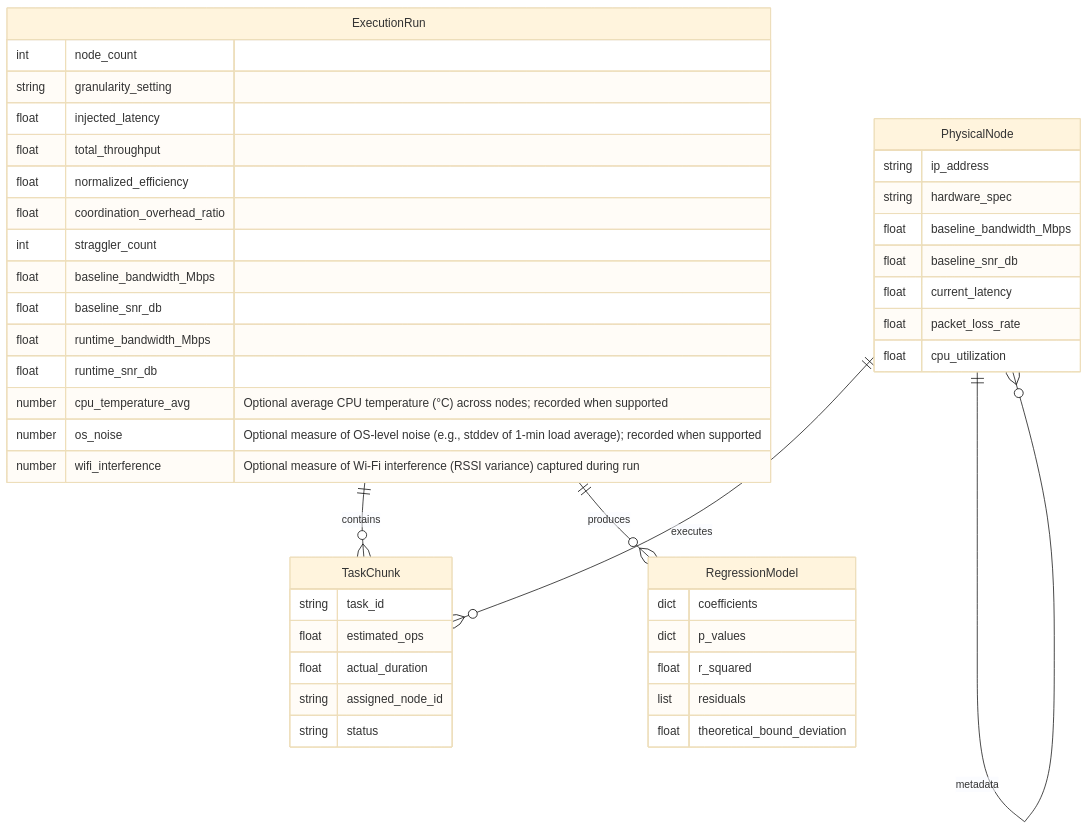
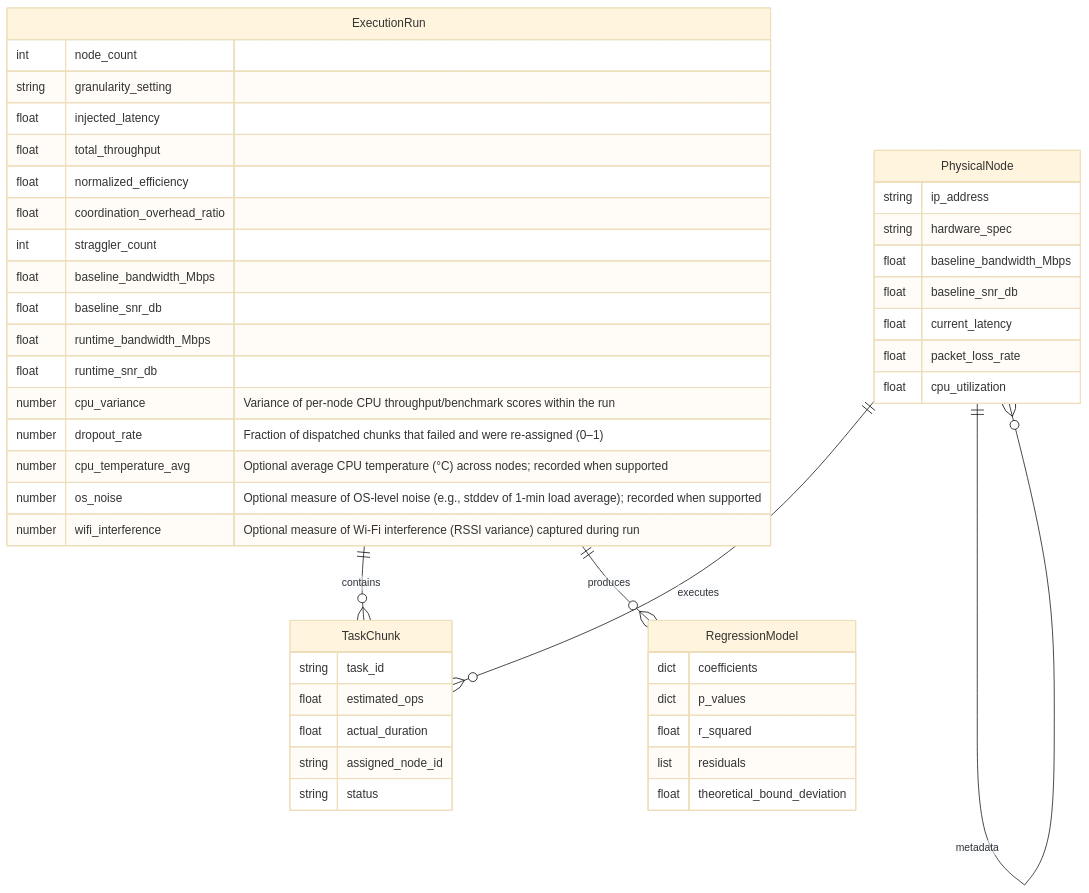
Before and after one commit to ContextLab/llmXive: the diagram in projects/PROJ-009-build-a-mesh-network-that-forms-the-larg/specs/001-build-a-mesh-network-that-forms-the-larg/data-model.md, drawn with Mermaid (base theme). The commit also changed other lines of this file and 28 other files, not shown here.

````diff
--- a/projects/PROJ-009-build-a-mesh-network-that-forms-the-larg/specs/001-build-a-mesh-network-that-forms-the-larg/data-model.md
+++ b/projects/PROJ-009-build-a-mesh-network-that-forms-the-larg/specs/001-build-a-mesh-network-that-forms-the-larg/data-model.md
@@ -6,46 +6,48 @@
 ```mermaid
 erDiagram
     PhysicalNode ||--o{ TaskChunk : "executes"
     ExecutionRun ||--o{ TaskChunk : "contains"
     ExecutionRun ||--o{ RegressionModel : "produces"
     PhysicalNode ||--o{ PhysicalNode : "metadata"
     PhysicalNode {
         string ip_address
         string hardware_spec
         float baseline_bandwidth_Mbps
         float baseline_snr_db
         float current_latency
         float packet_loss_rate
         float cpu_utilization
     }
     TaskChunk {
         string task_id
         float estimated_ops
         float actual_duration
         string assigned_node_id
         string status
     }
     ExecutionRun {
         int node_count
         string granularity_setting
         float injected_latency
         float total_throughput
         float normalized_efficiency
         float coordination_overhead_ratio
         int straggler_count
         float baseline_bandwidth_Mbps
         float baseline_snr_db
         float runtime_bandwidth_Mbps
         float runtime_snr_db
+        number cpu_variance "Variance of per‑node CPU throughput/benchmark scores within the run"
+        number dropout_rate "Fraction of dispatched chunks that failed and were re‑assigned (0–1)"
         number cpu_temperature_avg "Optional average CPU temperature (°C) across nodes; recorded when supported"
         number os_noise "Optional measure of OS‑level noise (e.g., stddev of 1‑min load average); recorded when supported"
         number wifi_interference "Optional measure of Wi‑Fi interference (RSSI variance) captured during run"
     }
     RegressionModel {
         dict coefficients
         dict p_values
         float r_squared
         list residuals
         float theoretical_bound_deviation
     }
 ```
````
